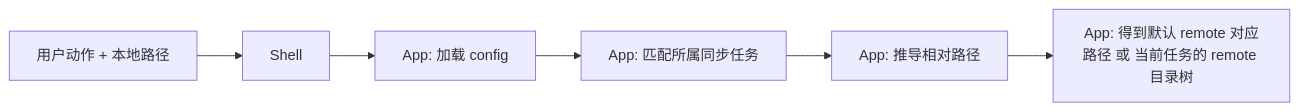
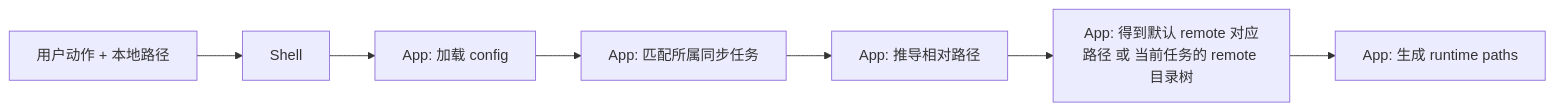
One commit to agalloch21/sync-with-rclone changed the first of 7 diagrams in docs/Flows.md. Above: the diagram before and after it, drawn with Mermaid. The commit also changed other lines of this file and 45 other files, not shown here.

````diff
--- a/docs/Flows.md
+++ b/docs/Flows.md
@@ -23,8 +23,9 @@
 ```mermaid
 flowchart LR
   A["用户动作 + 本地路径"] --> B["Shell"]
   B --> C["App: 加载 config"]
   C --> D["App: 匹配所属同步任务"]
   D --> E["App: 推导相对路径"]
   E --> F["App: 得到默认 remote 对应路径 或 当前任务的 remote 目录树"]
+  F --> G["App: 生成 runtime paths"]
 ```
````
